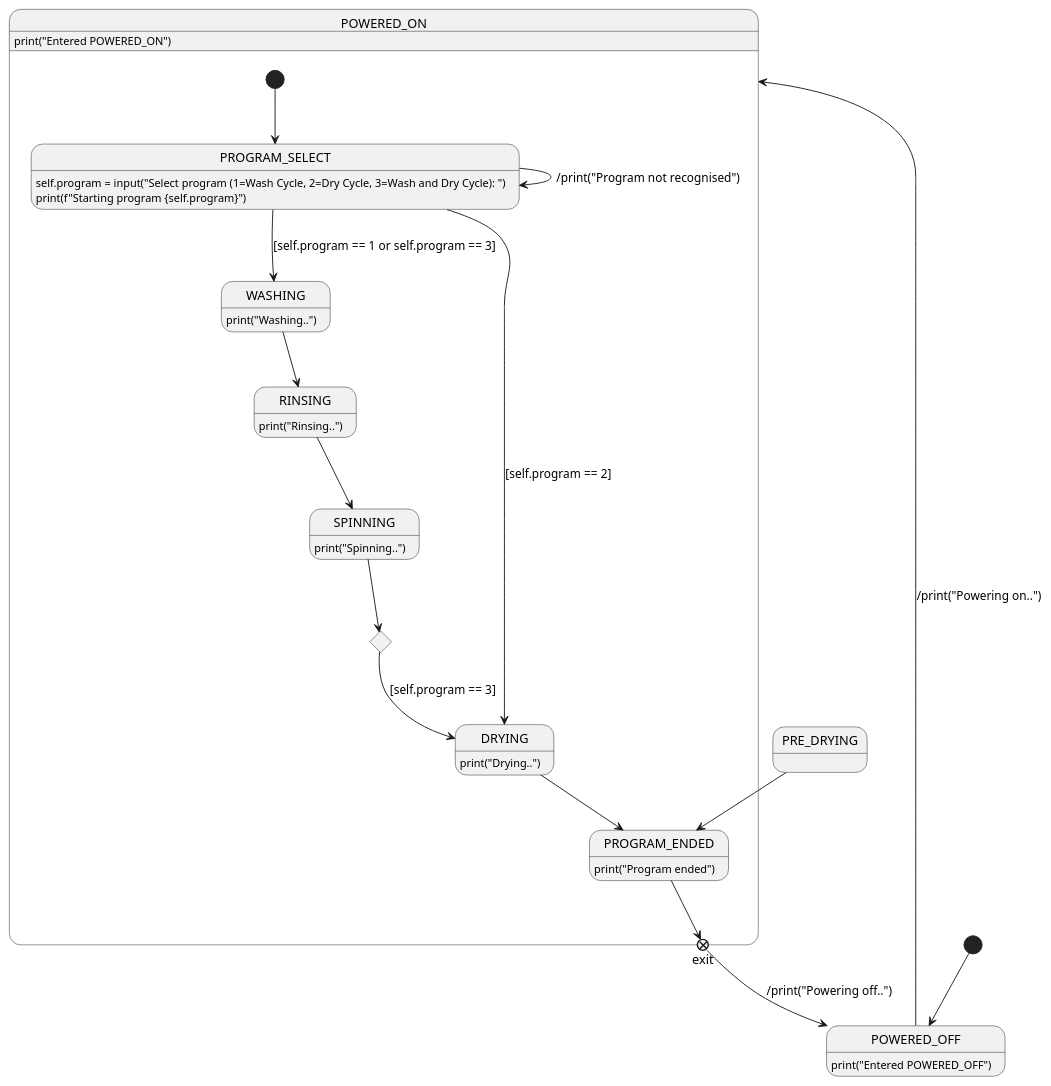
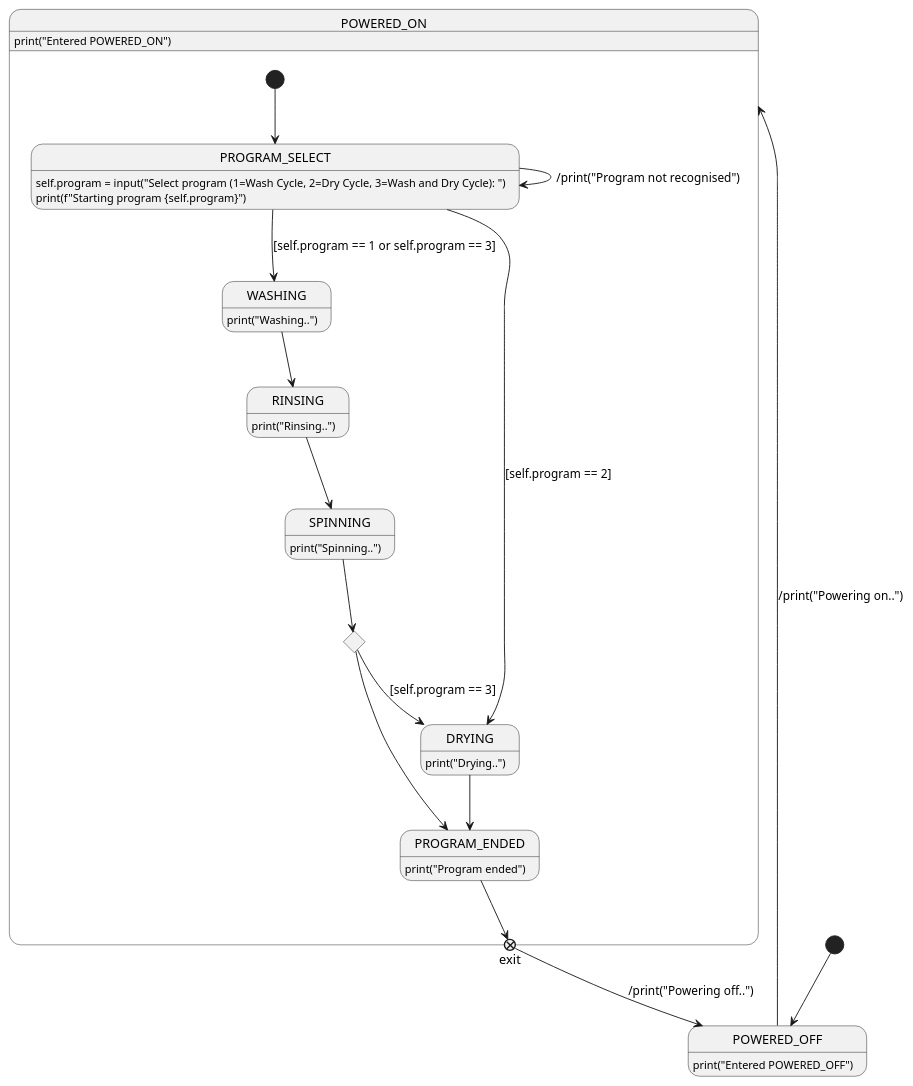
The diagram in examples/washing_machine.puml (grhmdev/gen-statemachine), drawn with PlantUML before and after one commit. The commit also changed 2 other files, not shown here.

```diff
--- a/examples/washing_machine.puml
+++ b/examples/washing_machine.puml
@@ -1,39 +1,39 @@
 @startuml
 
 
 state POWERED_OFF : print("Entered POWERED_OFF")
 state POWERED_ON : print("Entered POWERED_ON")
 state POWERED_ON {
     state PROGRAM_SELECT : self.program = input("Select program (1=Wash Cycle, 2=Dry Cycle, 3=Wash and Dry Cycle): ")
     state PROGRAM_SELECT : print(f"Starting program {self.program}")
     state WASHING : print("Washing..")
     state RINSING : print("Rinsing..")
     state SPINNING : print("Spinning..")
     state do_drying_choice <<choice>>
     state DRYING : print("Drying..")
     state PROGRAM_ENDED : print("Program ended")
     state exit <<exitPoint>>
 }
 
 [*] --> POWERED_OFF
 POWERED_OFF --> POWERED_ON : /print("Powering on..")
 
 state POWERED_ON {
     [*] --> PROGRAM_SELECT
 }
 PROGRAM_SELECT --> WASHING : [self.program == 1 or self.program == 3]
 PROGRAM_SELECT --> DRYING : [self.program == 2]
 PROGRAM_SELECT --> PROGRAM_SELECT : /print("Program not recognised")
 
 WASHING --> RINSING
 RINSING --> SPINNING
 SPINNING --> do_drying_choice
 do_drying_choice --> DRYING : [self.program == 3]
-PRE_DRYING --> PROGRAM_ENDED
+do_drying_choice --> PROGRAM_ENDED
 DRYING --> PROGRAM_ENDED
 
 PROGRAM_ENDED --> exit
 exit --> POWERED_OFF : /print("Powering off..")
 
 
 @enduml
```
